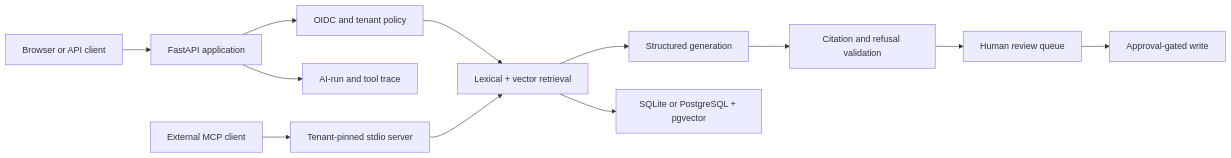
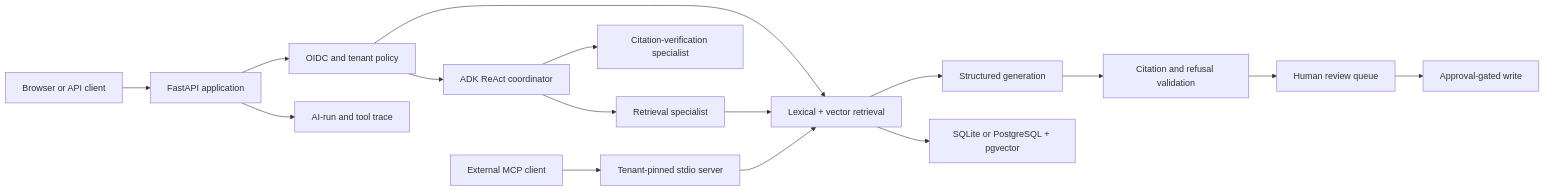
The diagram in README.md (useribraim/document-intelligence-workspace), drawn with Mermaid before and after one commit. The commit also changed other lines of this file and 8 other files, not shown here.

````diff
--- a/README.md
+++ b/README.md
@@ -30,14 +30,18 @@
 ```mermaid
 flowchart LR
     U["Browser or API client"] --> A["FastAPI application"]
     A --> P["OIDC and tenant policy"]
     P --> R["Lexical + vector retrieval"]
+    P --> C["ADK ReAct coordinator"]
+    C --> RS["Retrieval specialist"]
+    C --> VS["Citation-verification specialist"]
+    RS --> R
     R --> G["Structured generation"]
     G --> V["Citation and refusal validation"]
     V --> Q["Human review queue"]
     Q --> W["Approval-gated write"]
     A --> T["AI-run and tool trace"]
     R --> D["SQLite or PostgreSQL + pgvector"]
     M["External MCP client"] --> S["Tenant-pinned stdio server"]
     S --> R
 ```
````
